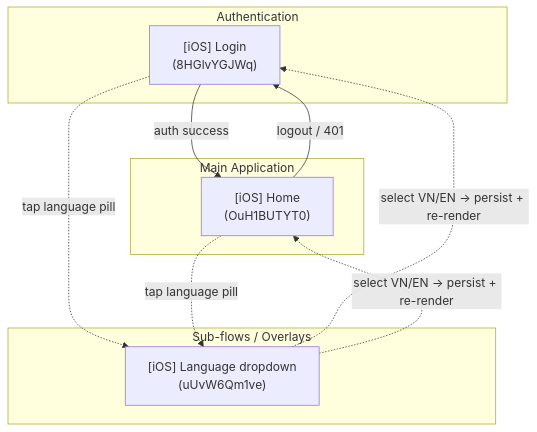
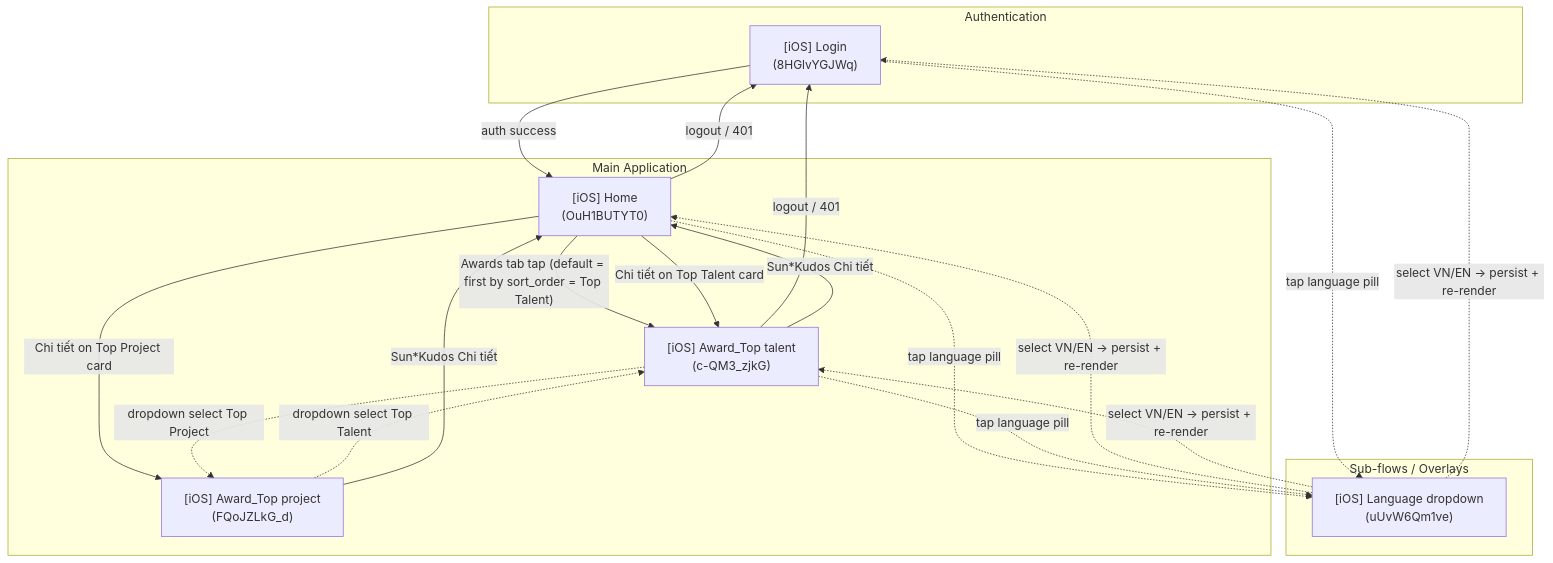
Before and after one commit to sonnn-1091/aidd-project: the diagram in .momorph/SCREENFLOW.md, drawn with Mermaid. The commit also changed other lines of this file and 1 other file, not shown here.

````diff
--- a/.momorph/SCREENFLOW.md
+++ b/.momorph/SCREENFLOW.md
@@ -37,22 +39,35 @@
 ```mermaid
 flowchart TD
     subgraph Auth["Authentication"]
         Login["[iOS] Login\n(8HGlvYGJWq)"]
     end
 
     subgraph Main["Main Application"]
         Home["[iOS] Home\n(OuH1BUTYT0)"]
+        AwardTopTalent["[iOS] Award_Top talent\n(c-QM3_zjkG)"]
+        AwardTopProject["[iOS] Award_Top project\n(FQoJZLkG_d)"]
     end
 
     subgraph SubFlows["Sub-flows / Overlays"]
         LangDropdown["[iOS] Language dropdown\n(uUvW6Qm1ve)"]
     end
 
     Login -- "auth success" --> Home
     Home -- "logout / 401" --> Login
+    AwardTopTalent -- "logout / 401" --> Login
+
+    Home -- "Awards tab tap (default = first by sort_order = Top Talent)" --> AwardTopTalent
+    Home -- "Chi tiết on Top Talent card" --> AwardTopTalent
+    Home -- "Chi tiết on Top Project card" --> AwardTopProject
+    AwardTopTalent -. "dropdown select Top Project" .-> AwardTopProject
+    AwardTopProject -. "dropdown select Top Talent" .-> AwardTopTalent
+    AwardTopTalent -- "Sun*Kudos Chi tiết" --> Home
+    AwardTopProject -- "Sun*Kudos Chi tiết" --> Home
 
     Login -. "tap language pill" .-> LangDropdown
     Home  -. "tap language pill" .-> LangDropdown
+    AwardTopTalent -. "tap language pill" .-> LangDropdown
     LangDropdown -. "select VN/EN → persist + re-render" .-> Login
     LangDropdown -. "select VN/EN → persist + re-render" .-> Home
+    LangDropdown -. "select VN/EN → persist + re-render" .-> AwardTopTalent
 ```
````
